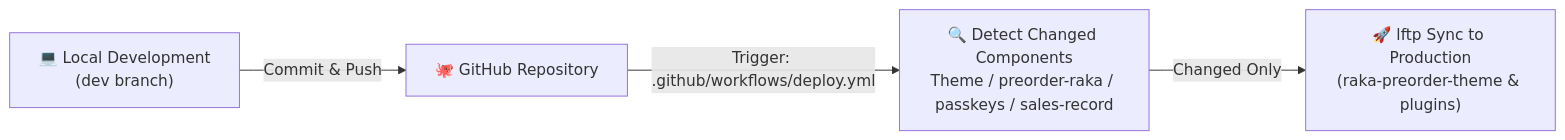
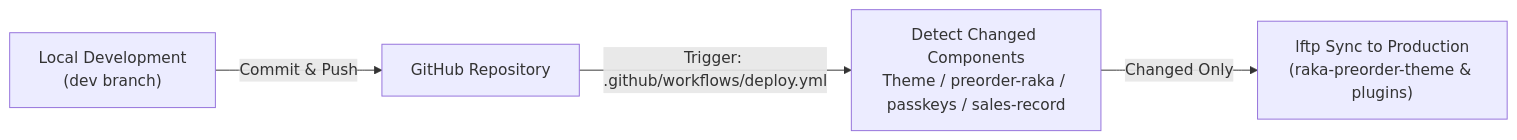
One commit to apkgap/raka-gadget changed the fourth of 4 diagrams in README.md. Above: the diagram before and after it, drawn with Mermaid. The commit also changed other lines of this file and 1 other file, not shown here.

Commit message:
docs: remove emojis from markdown diagrams and headings

````diff
--- a/README.md
+++ b/README.md
@@ -101,6 +101,6 @@
 ```mermaid
 flowchart LR
-    Dev["💻 Local Development<br/>(dev branch)"] -->|Commit & Push| GH["🐙 GitHub Repository"]
-    GH -->|Trigger: .github/workflows/deploy.yml| Detect["🔍 Detect Changed Components<br/>Theme / preorder-raka / passkeys / sales-record"]
-    Detect -->|Changed Only| LFTP["🚀 lftp Sync to Production<br/>(raka-preorder-theme & plugins)"]
+    Dev["Local Development<br/>(dev branch)"] -->|Commit & Push| GH["GitHub Repository"]
+    GH -->|Trigger: .github/workflows/deploy.yml| Detect["Detect Changed Components<br/>Theme / preorder-raka / passkeys / sales-record"]
+    Detect -->|Changed Only| LFTP["lftp Sync to Production<br/>(raka-preorder-theme & plugins)"]
 ```
````
